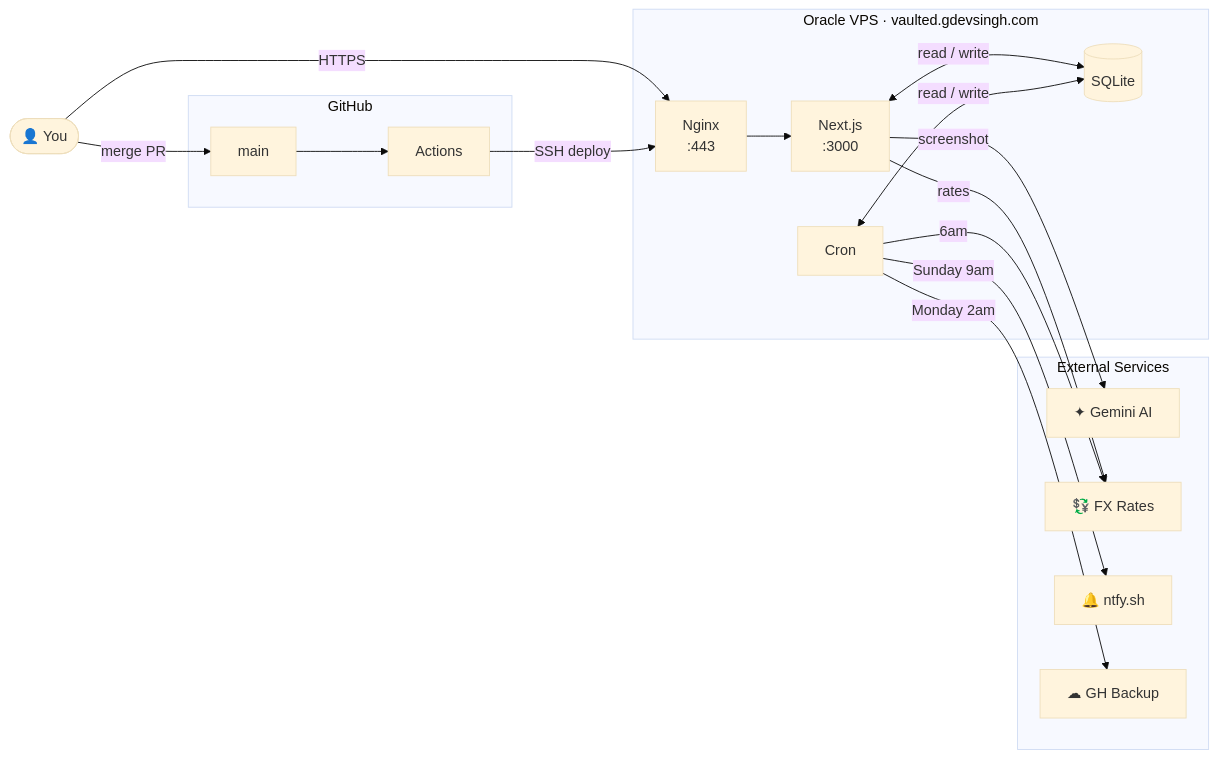
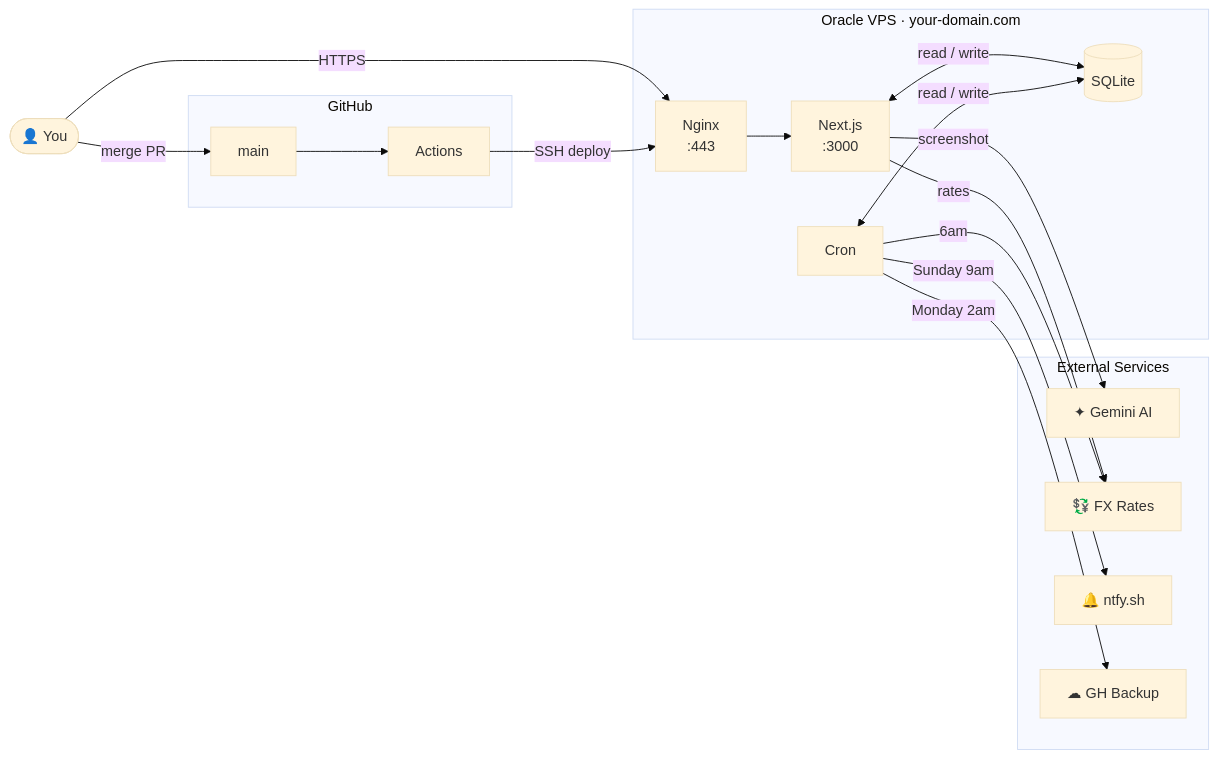
The diagram in ARCHITECTURE.md (gdevsing/Vaulted), drawn with Mermaid (base theme) before and after one commit. The commit also changed other lines of this file and 4 other files, not shown here.

````diff
--- a/ARCHITECTURE.md
+++ b/ARCHITECTURE.md
@@ -5,38 +5,38 @@
 ```mermaid
 flowchart LR
     You(["👤 You"])
 
     subgraph GH["GitHub"]
         main["main"]
         Actions["Actions"]
     end
 
-    subgraph VPS["Oracle VPS · vaulted.gdevsingh.com"]
+    subgraph VPS["Oracle VPS · your-domain.com"]
         Nginx["Nginx
 :443"]
         Next["Next.js
 :3000"]
         Cron["Cron"]
         DB[("SQLite")]
     end
 
     subgraph Ext["External Services"]
         Gemini["✦ Gemini AI"]
         FX["💱 FX Rates"]
         Ntfy["🔔 ntfy.sh"]
         Backup["☁ GH Backup"]
     end
 
     You -->|"merge PR"| main
     You -->|"HTTPS"| Nginx
     main --> Actions
     Actions -->|"SSH deploy"| Nginx
     Nginx --> Next
     Next <-->|"read / write"| DB
     Cron <-->|"read / write"| DB
     Next -->|"screenshot"| Gemini
     Next -->|"rates"| FX
     Cron -->|"6am"| FX
     Cron -->|"Sunday 9am"| Ntfy
     Cron -->|"Monday 2am"| Backup
 ```
````
